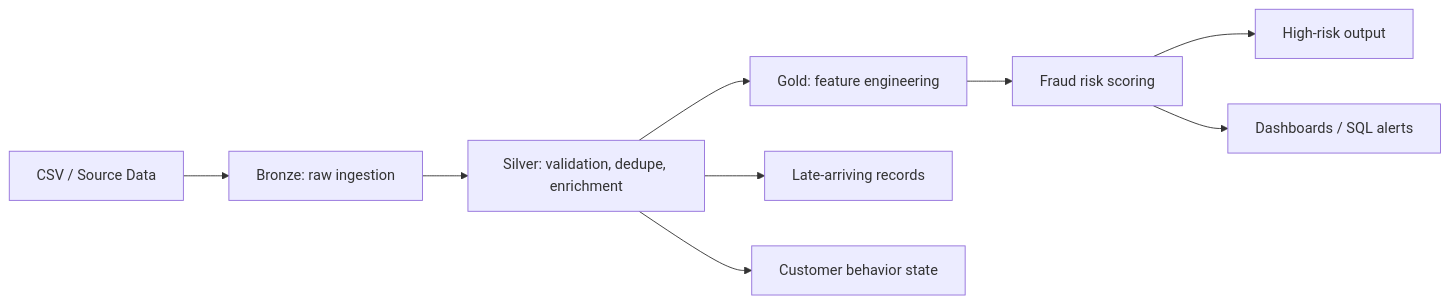
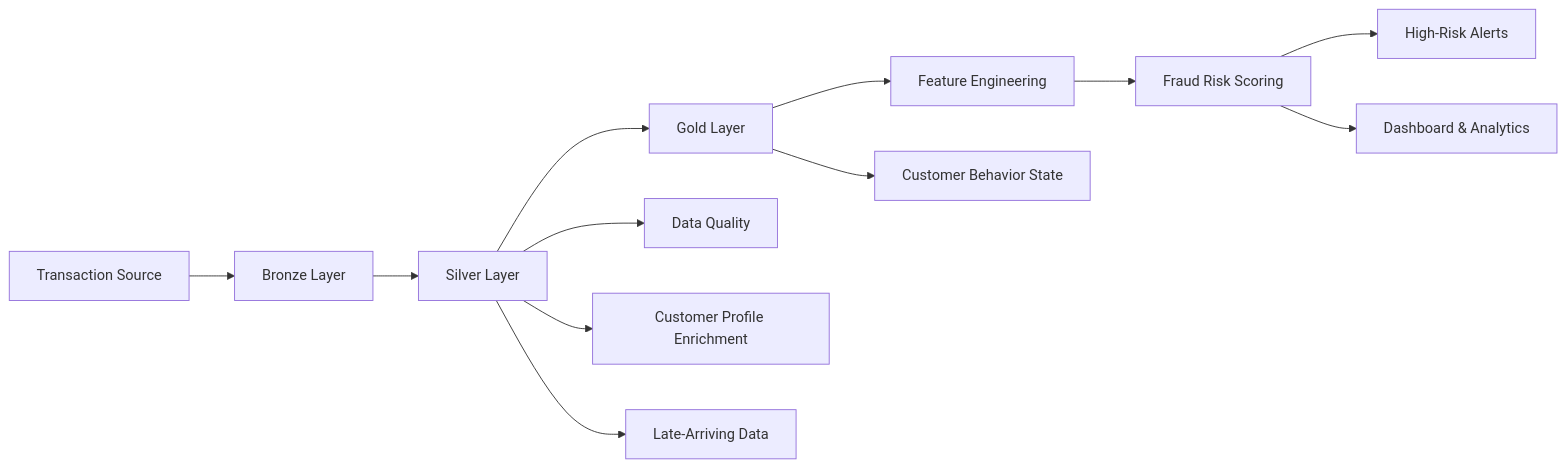
Before and after one commit to aditya30-2005-eng/Celebal_Technologies: the diagram in Real-Time-Credit-Card-Fraud-Risk-Scoring-Pipeline/README.md, drawn with Mermaid. The commit also changed other lines of this file, not shown here.

````diff
--- a/Real-Time-Credit-Card-Fraud-Risk-Scoring-Pipeline/README.md
+++ b/Real-Time-Credit-Card-Fraud-Risk-Scoring-Pipeline/README.md
@@ -24,11 +46,16 @@
 ```mermaid
 flowchart LR
-   A[CSV / Source Data] --> B[Bronze: raw ingestion]
-   B --> C[Silver: validation, dedupe, enrichment]
-   C --> D[Gold: feature engineering]
-   D --> E[Fraud risk scoring]
-   E --> F[High-risk output]
-   E --> G[Dashboards / SQL alerts]
-   C --> H[Late-arriving records]
-   C --> I[Customer behavior state]
+    A[Transaction Source] --> B[Bronze Layer]
+    B --> C[Silver Layer]
+    C --> D[Gold Layer]
+    D --> E[Feature Engineering]
+    E --> F[Fraud Risk Scoring]
+    F --> G[High-Risk Alerts]
+    F --> H[Dashboard & Analytics]
+
+    C --> I[Data Quality]
+    C --> J[Customer Profile Enrichment]
+    C --> K[Late-Arriving Data]
+
+    D --> L[Customer Behavior State]
 ```
````
